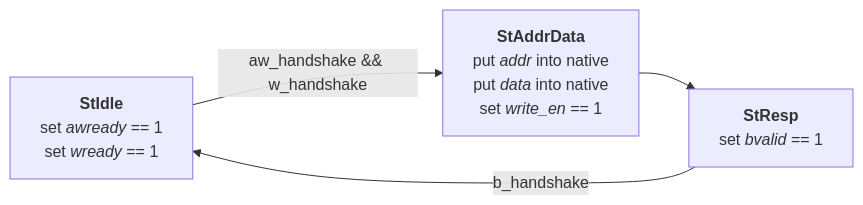
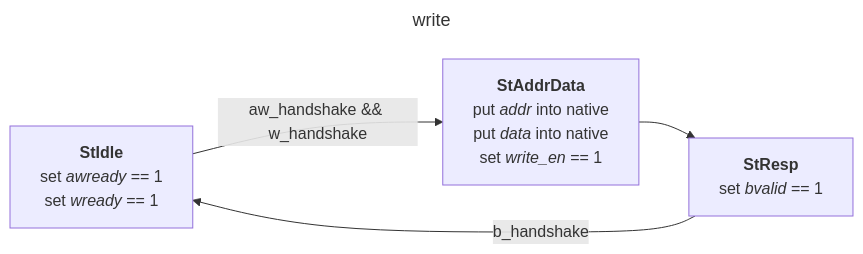
Before and after one commit to BROsandr/vga: the second of 2 diagrams in rtl/axil_fsm_diagram.md, drawn with Mermaid. The commit also changed other lines of this file, not shown here.

Commit message:
Fix(axil_fsm_diag):Испр-ие заголовков

````diff
--- a/rtl/axil_fsm_diagram.md
+++ b/rtl/axil_fsm_diagram.md
@@ -24,20 +24,20 @@
 ```mermaid
 ---
-write
+title: write
 ---
 
 graph LR
   StIdle -->|aw_handshake && w_handshake| StAddrData
   StAddrData --> StResp
   StResp -->|b_handshake| StIdle
 
   StIdle["`**StIdle**
       set *awready* == 1
       set *wready*  == 1`"]
   StAddrData["`**StAddrData**
       put *addr* into native
       put *data* into native
       set *write_en* == 1`"]
   StResp["`**StResp**
       set *bvalid* == 1`"]
 ```
````
